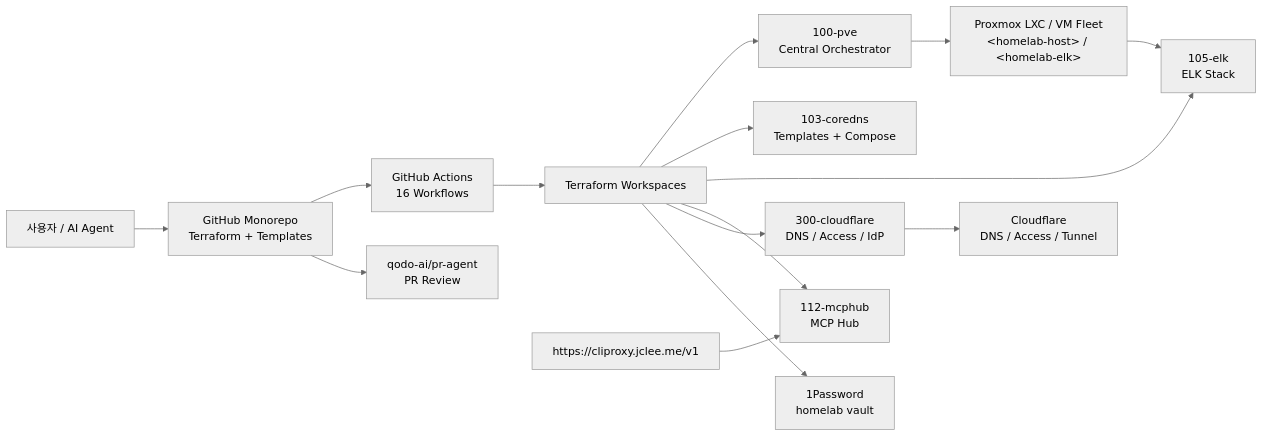
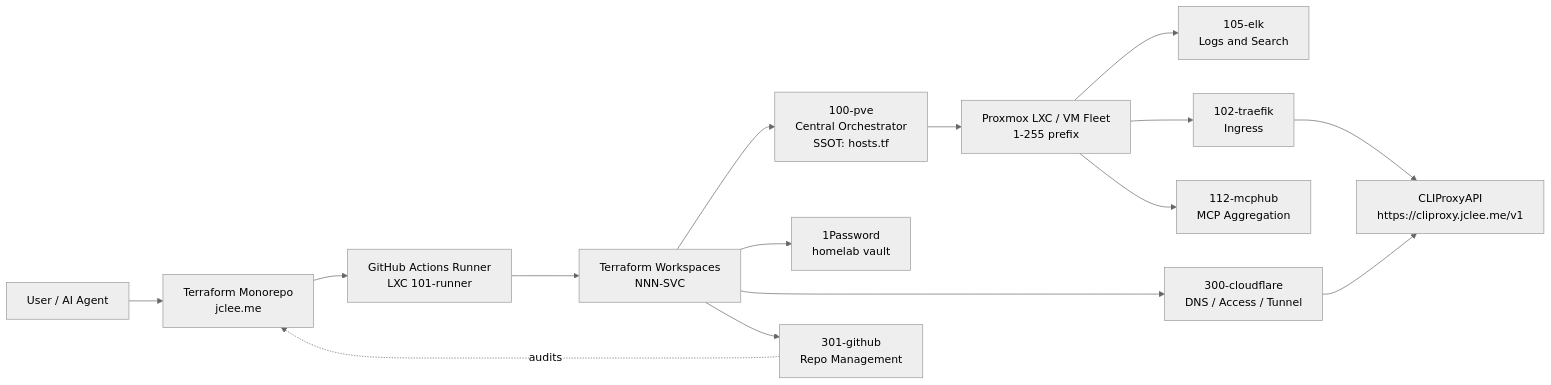
One commit to jclee941/terraform changed the first of 2 diagrams in README.md. Above: the diagram before and after it, drawn with Mermaid (neutral theme). The commit also changed other lines of this file, not shown here.

````diff
--- a/README.md
+++ b/README.md
@@ -74,32 +69,31 @@
 ```mermaid
 flowchart LR
-  Dev["사용자 / AI Agent"]
-  Repo["GitHub Monorepo<br/>Terraform + Templates"]
-  CI["GitHub Actions<br/>16 Workflows"]
-  TF["Terraform Workspaces"]
-  PVE["100-pve<br/>Central Orchestrator"]
-  DNS_ws["103-coredns<br/>Templates + Compose"]
-  ELK_ws["105-elk<br/>ELK Stack"]
-  MCP_ws["112-mcphub<br/>MCP Hub"]
-  CF_ws["300-cloudflare<br/>DNS / Access / IdP"]
-  Fleet["Proxmox LXC / VM Fleet<br/>&lt;homelab-host&gt; / &lt;homelab-elk&gt;"]
-  OP["1Password<br/>homelab vault"]
-  CDN["Cloudflare<br/>DNS / Access / Tunnel"]
-  PRReview["qodo-ai/pr-agent<br/>PR Review"]
-  Public["https://cliproxy.jclee.me/v1"]
+    Agent["User / AI Agent"]
+    Repo["Terraform Monorepo<br/>jclee.me"]
+    CI["GitHub Actions Runner<br/>LXC 101-runner"]
+    TF["Terraform Workspaces<br/>NNN-SVC"]
+    PVE["100-pve<br/>Central Orchestrator<br/>SSOT: hosts.tf"]
+    Fleet["Proxmox LXC / VM Fleet<br/>1-255 prefix"]
+    OP["1Password<br/>homelab vault"]
+    CF["300-cloudflare<br/>DNS / Access / Tunnel"]
+    Traefik["102-traefik<br/>Ingress"]
+    ELK["105-elk<br/>Logs and Search"]
+    MCP["112-mcphub<br/>MCP Aggregation"]
+    Proxy["CLIProxyAPI<br/>https://cliproxy.jclee.me/v1"]
+    Bots["301-github<br/>Repo Management"]
 
-  Dev --> Repo
-  Repo --> CI
-  CI --> TF
-  TF --> PVE
-  TF --> DNS_ws
-  TF --> ELK_ws
-  TF --> MCP_ws
-  TF --> CF_ws
-  PVE --> Fleet
-  TF --> OP
-  Fleet --> ELK_ws
-  CF_ws --> CDN
-  Repo --> PRReview
-  Public --> MCP_ws
+    Agent --> Repo
+    Repo --> CI
+    CI --> TF
+    TF --> PVE
+    PVE --> Fleet
+    TF --> OP
+    TF --> CF
+    TF --> Bots
+    Fleet --> ELK
+    Fleet --> Traefik
+    Fleet --> MCP
+    CF --> Proxy
+    Traefik --> Proxy
+    Bots -.audits.-> Repo
 ```
````
